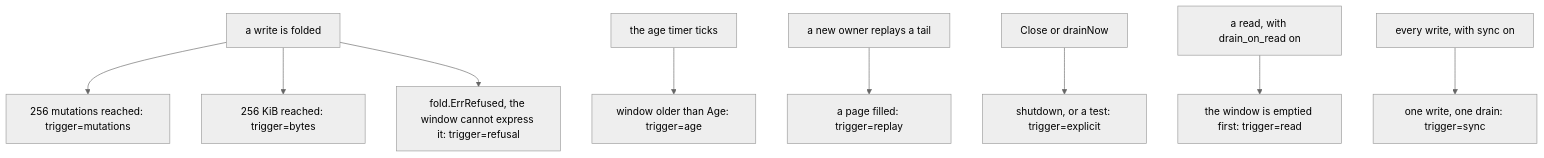
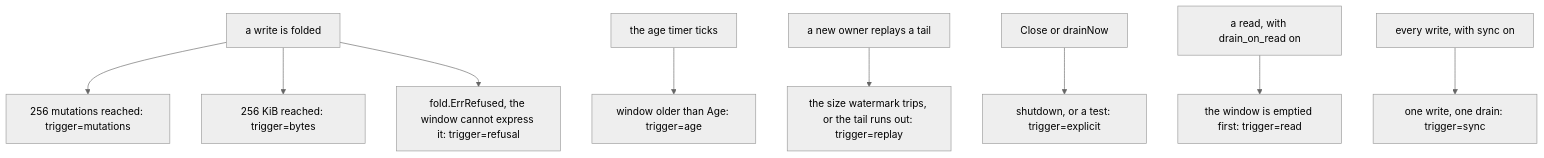
Before and after one commit to aromanovich/waltz: the fourth of 10 diagrams in docs/handbook/05-write-path.md, drawn with Mermaid (neutral theme). The commit also changed other lines of this file and 15 other files, not shown here.

````diff
--- a/docs/handbook/05-write-path.md
+++ b/docs/handbook/05-write-path.md
@@ -242,11 +258,11 @@
 ```mermaid
 flowchart TD
   W["a write is folded"] --> M["256 mutations reached: trigger=mutations"]
   W --> B["256 KiB reached: trigger=bytes"]
   W --> RF["fold.ErrRefused, the window cannot express it: trigger=refusal"]
   T["the age timer ticks"] --> A["window older than Age: trigger=age"]
-  RP["a new owner replays a tail"] --> R["a page filled: trigger=replay"]
+  RP["a new owner replays a tail"] --> R["the size watermark trips, or the tail runs out: trigger=replay"]
   X["Close or drainNow"] --> E["shutdown, or a test: trigger=explicit"]
   RD["a read, with drain_on_read on"] --> D["the window is emptied first: trigger=read"]
   S["every write, with sync on"] --> Y["one write, one drain: trigger=sync"]
 ```
````
